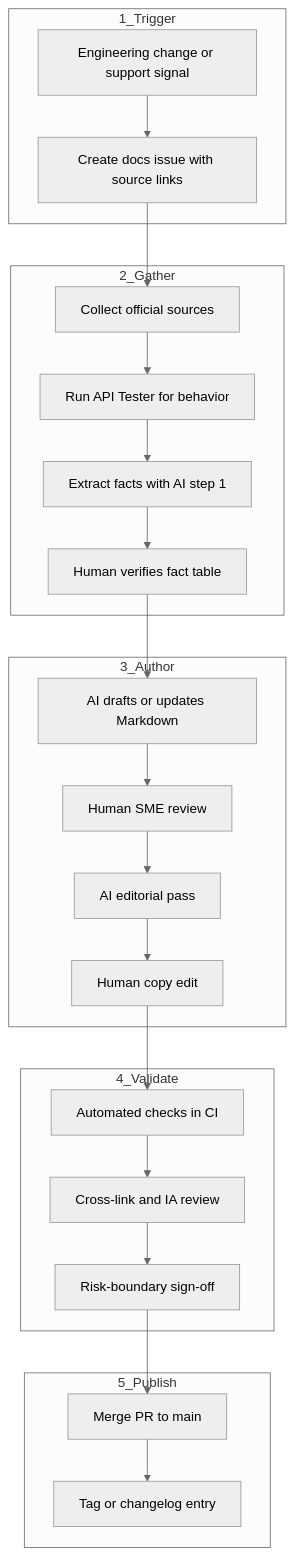
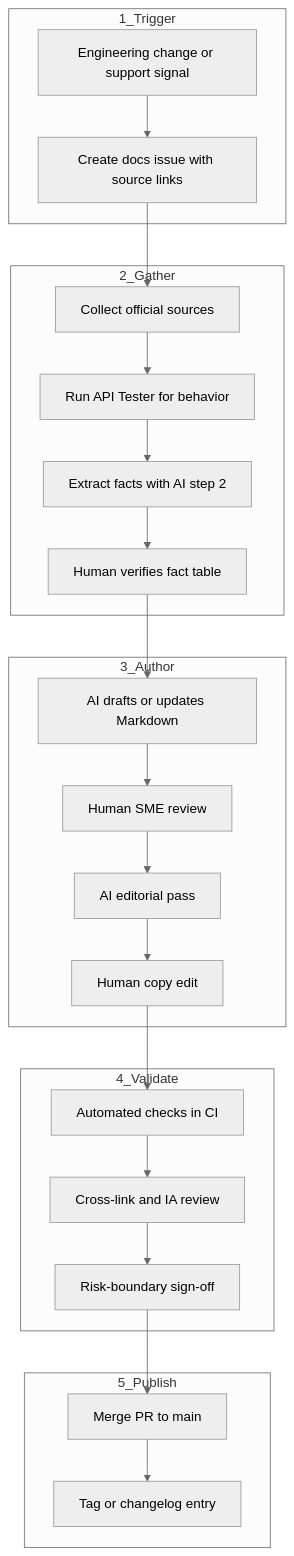
Before and after one commit to lorisgirl/pdfdocs: the diagram in assignment/process/lifecycle.md, drawn with Mermaid (neutral theme). The commit also changed other lines of this file and 1 other file, not shown here.

````diff
--- a/assignment/process/lifecycle.md
+++ b/assignment/process/lifecycle.md
@@ -14,36 +14,36 @@
 ```mermaid
 flowchart TD
   subgraph trigger [1_Trigger]
     T1[Engineering change or support signal]
     T2[Create docs issue with source links]
   end
 
   subgraph gather [2_Gather]
     G1[Collect official sources]
     G2[Run API Tester for behavior]
-    G3[Extract facts with AI step 1]
+    G3[Extract facts with AI step 2]
     G4[Human verifies fact table]
   end
 
   subgraph author [3_Author]
     A1[AI drafts or updates Markdown]
     A2[Human SME review]
     A3[AI editorial pass]
     A4[Human copy edit]
   end
 
   subgraph validate [4_Validate]
     V1[Automated checks in CI]
     V2[Cross-link and IA review]
     V3[Risk-boundary sign-off]
   end
 
   subgraph publish [5_Publish]
     P1[Merge PR to main]
     P2[Tag or changelog entry]
   end
 
   T1 --> T2 --> G1 --> G2 --> G3 --> G4
   G4 --> A1 --> A2 --> A3 --> A4
   A4 --> V1 --> V2 --> V3 --> P1 --> P2
 ```
````
